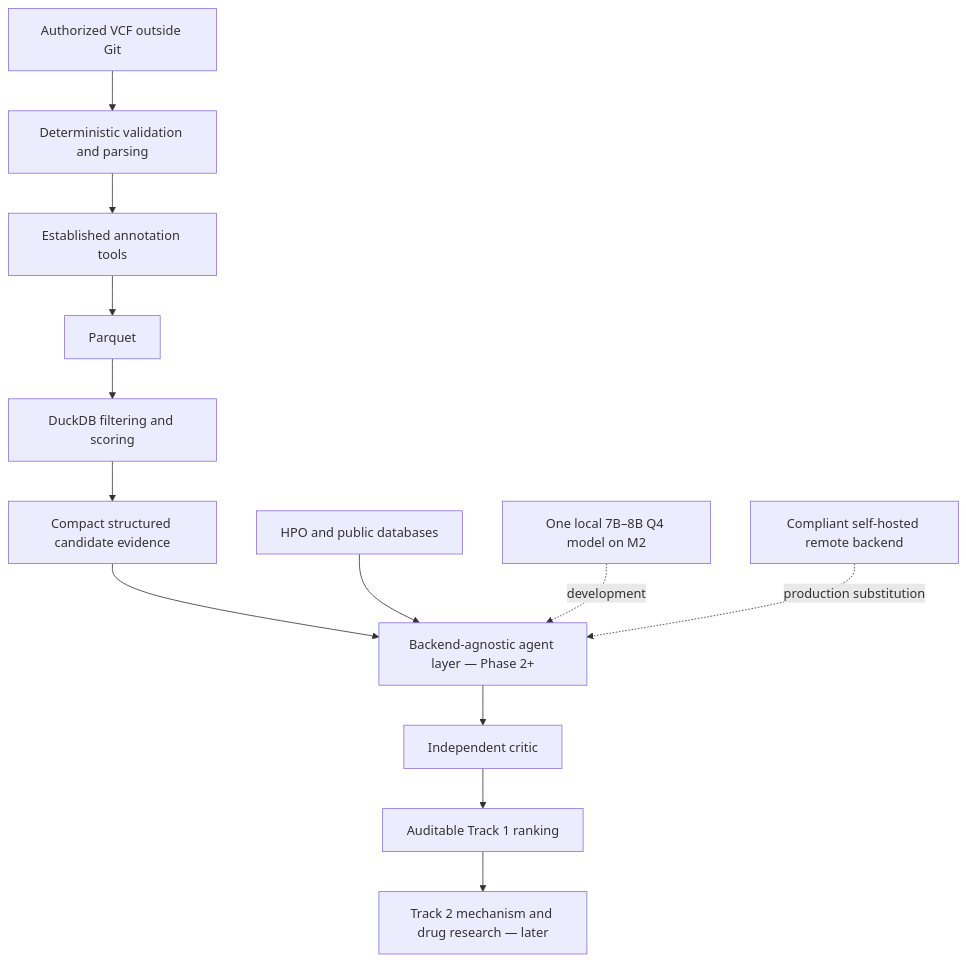
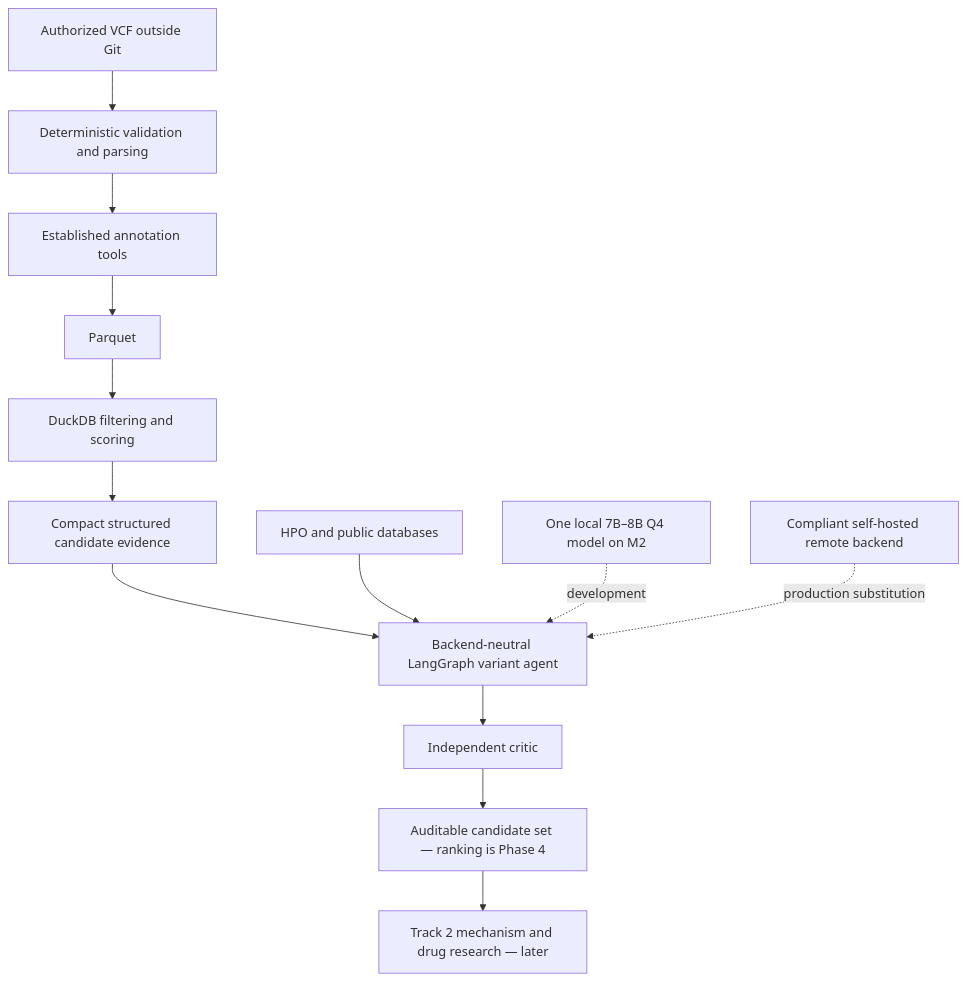
The diagram in README.md (haochen8/Automated-Open-Source-Rare-Disease-AI-Agent-System), drawn with Mermaid before and after one commit. The commit also changed other lines of this file and 46 other files, not shown here.

````diff
--- a/README.md
+++ b/README.md
@@ -14,16 +14,16 @@
 ```mermaid
 flowchart TD
     A[Authorized VCF outside Git] --> B[Deterministic validation and parsing]
     B --> C[Established annotation tools]
     C --> D[Parquet]
     D --> E[DuckDB filtering and scoring]
     E --> F[Compact structured candidate evidence]
-    F --> G[Backend-agnostic agent layer — Phase 2+]
+    F --> G[Backend-neutral LangGraph variant agent]
     P[HPO and public databases] --> G
     G --> H[Independent critic]
-    H --> I[Auditable Track 1 ranking]
+    H --> I[Auditable candidate set — ranking is Phase 4]
     I --> J[Track 2 mechanism and drug research — later]
 
     L[One local 7B–8B Q4 model on M2] -. development .-> G
     R[Compliant self-hosted remote backend] -. production substitution .-> G
 ```
````
